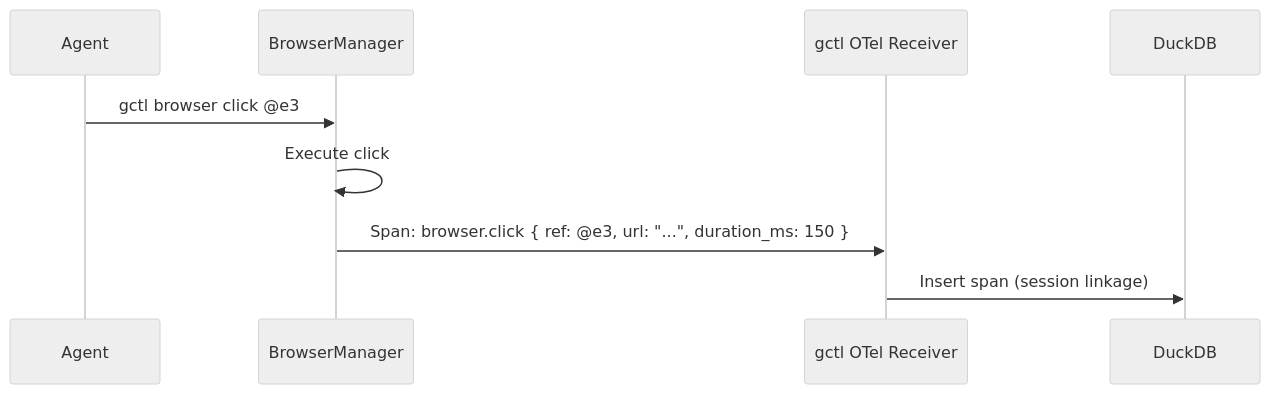
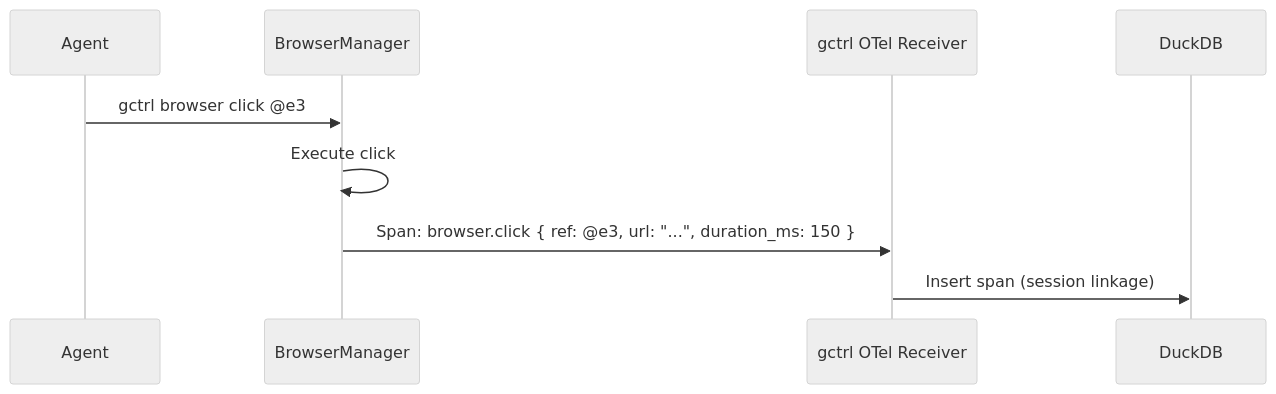
One commit to OpenHackersClub/gctrl changed the third of 3 diagrams in specs/architecture/kernel/browser.md. Above: the diagram before and after it, drawn with Mermaid (neutral theme). The commit also changed other lines of this file and 360 other files, not shown here.

First line of the commit message:
refactor: rename brand gctl → gctrl across repo

````diff
--- a/specs/architecture/kernel/browser.md
+++ b/specs/architecture/kernel/browser.md
@@ -254,12 +254,12 @@
 ```mermaid
 sequenceDiagram
     participant Agent
     participant BM as BrowserManager
-    participant OTel as gctl OTel Receiver
+    participant OTel as gctrl OTel Receiver
     participant DB as DuckDB
 
-    Agent->>BM: gctl browser click @e3
+    Agent->>BM: gctrl browser click @e3
     BM->>BM: Execute click
     BM->>OTel: Span: browser.click { ref: @e3, url: "...", duration_ms: 150 }
     OTel->>DB: Insert span (session linkage)
 ```
````
